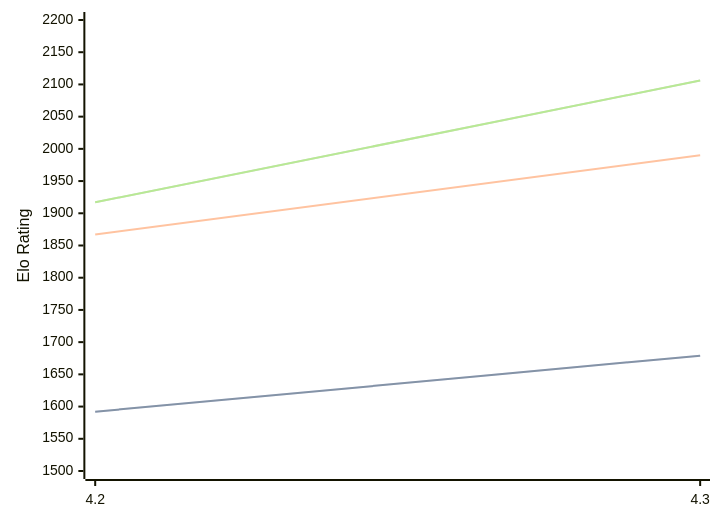
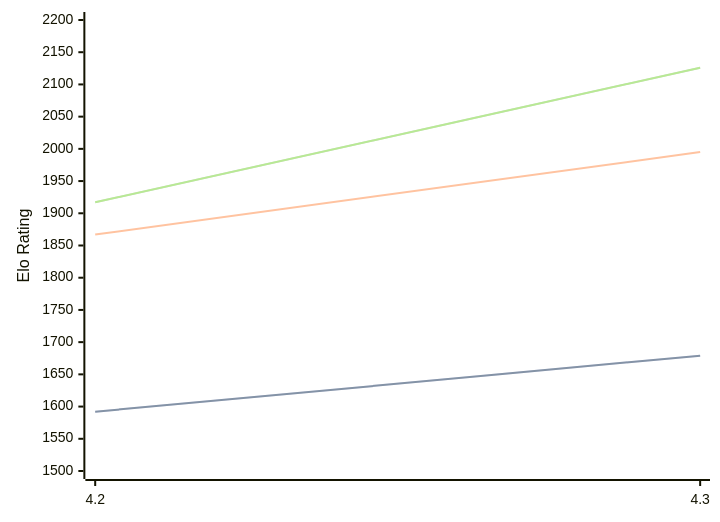
One commit to computer-chess-index/cci changed the diagram in engines/Radiance.md. Above: the diagram before and after it, drawn with Mermaid. The commit also changed other lines of this file, not shown here.

Commit message:
Update CCI Ratings (ELO VLTC) - 2026-04-11

````diff
--- a/engines/Radiance.md
+++ b/engines/Radiance.md
@@ -35,11 +35,11 @@
 ```mermaid
 %%{init: {"theme":"base","themeVariables":{"seriesColors:['#a3a3a3','#222221','#faa371']}}}%%
 xychart-beta
   x-axis ["4.2", "4.3"]
   y-axis "Elo Rating" 1500 --> 2200
   line "STC (8.0+0.08s)" [1592, 1679]
   line "STC (8.0+0.08s)" [1592, 1679]
-  line "LTC (60.0+0.60s)" [1867, 1990]
-  line "VLTC (2m24s+1.12s)" [1917, 2106]
-  line "VLTC (2m24s+1.12s)" [1917, 2106]
+  line "LTC (60.0+0.60s)" [1867, 1995]
+  line "VLTC (2m24s+1.12s)" [1917, 2126]
+  line "VLTC (2m24s+1.12s)" [1917, 2126]
 ```
````
